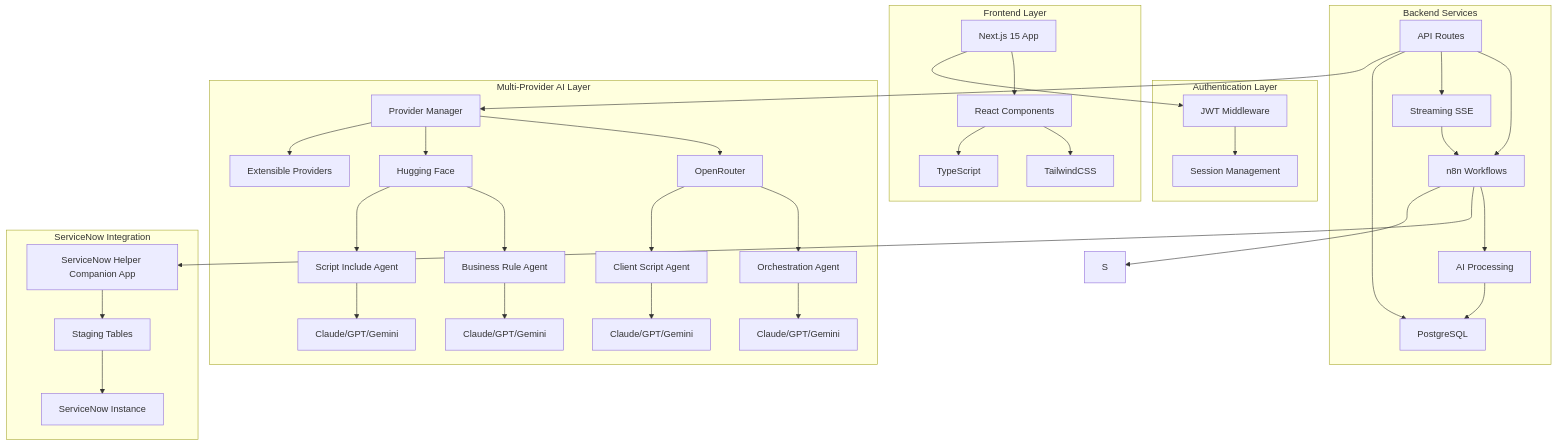
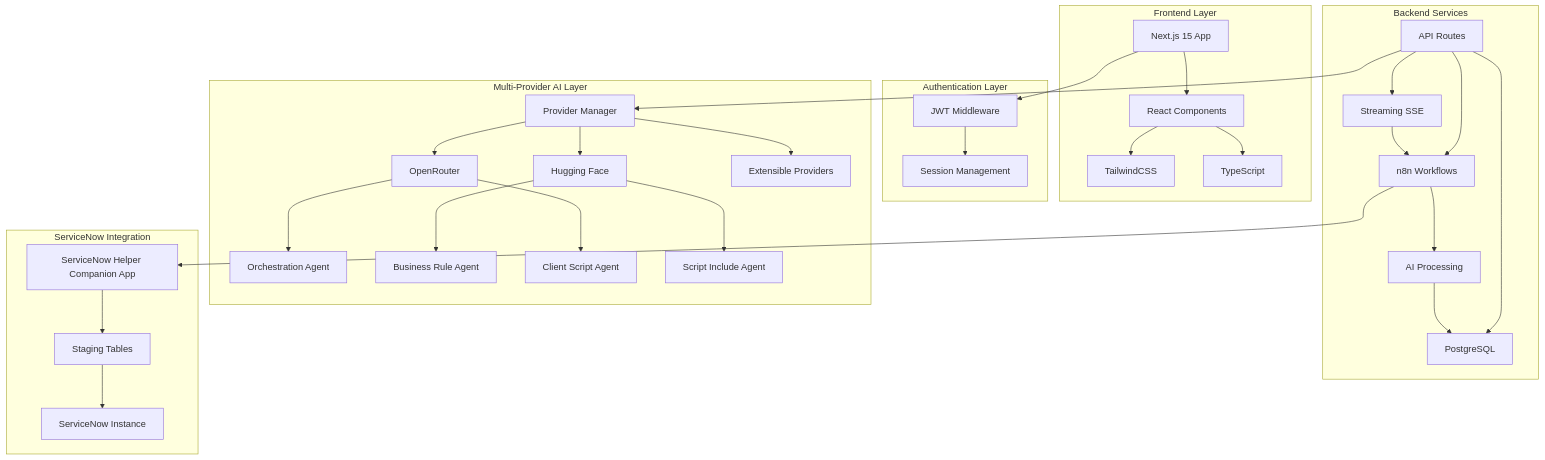
One commit to DanielMadsenDK/servicenow-helper changed the diagram in README.md. Above: the diagram before and after it, drawn with Mermaid. The commit also changed other lines of this file and 26 other files, not shown here.

````diff
--- a/README.md
+++ b/README.md
@@ -66,45 +80,40 @@
 ```mermaid
 graph TB
     subgraph "Frontend Layer"
         A[Next.js 15 App] --> B[React Components]
         B --> C[TailwindCSS]
         B --> D[TypeScript]
     end
-    
+
     subgraph "Authentication Layer"
         E[JWT Middleware] --> F[Session Management]
     end
-    
+
     subgraph "Backend Services"
         H[API Routes] --> I[n8n Workflows]
         H --> G[Streaming SSE]
         I --> J[AI Processing]
         G --> I
         H --> K[PostgreSQL]
     end
-    
+
     subgraph "Multi-Provider AI Layer"
         L[Provider Manager] --> OR[OpenRouter]
         L --> HF[Hugging Face]
         L --> EX[Extensible Providers]
         OR --> M[Orchestration Agent]
         HF --> N[Business Rule Agent]
         OR --> O[Client Script Agent]
         HF --> SI[Script Include Agent]
-        M --> P[Claude/GPT/Gemini]
-        N --> Q[Claude/GPT/Gemini]
-        O --> R[Claude/GPT/Gemini]
-        SI --> SIM[Claude/GPT/Gemini]
     end
 
     subgraph "ServiceNow Integration"
         SN[ServiceNow Helper Companion App] --> T[Staging Tables]
         T --> U[ServiceNow Instance]
         I --> SN
     end
-    
+
     A --> E
     H --> L
     J --> K
-    I --> S
 ```
````
